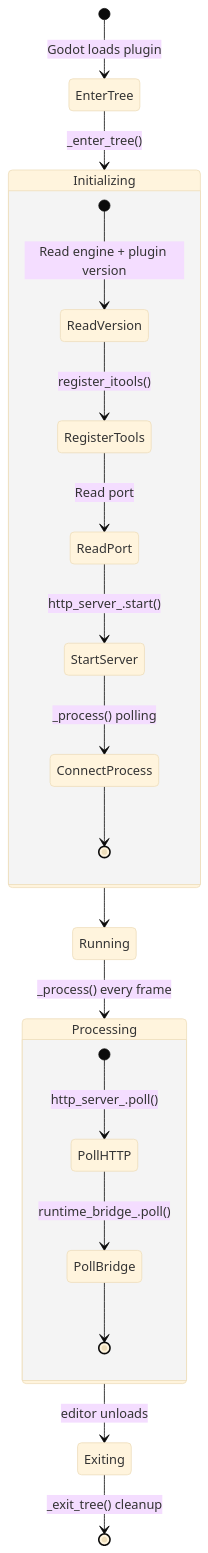
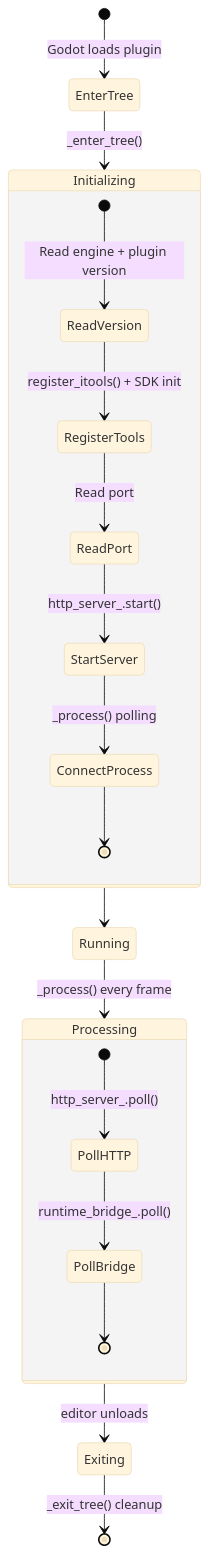
One commit to jesspig/GodotMCP-GDExtension changed the third of 4 diagrams in docs/en/guide/architecture.md. Above: the diagram before and after it, drawn with Mermaid (base theme). The commit also changed other lines of this file and 17 other files, not shown here.

````diff
--- a/docs/en/guide/architecture.md
+++ b/docs/en/guide/architecture.md
@@ -80,26 +88,26 @@
 ```mermaid
 stateDiagram-v2
     [*] --> EnterTree: Godot loads plugin
     EnterTree --> Initializing: _enter_tree()
     
     state Initializing {
         [*] --> ReadVersion: Read engine + plugin version
-        ReadVersion --> RegisterTools: register_itools()
+        ReadVersion --> RegisterTools: register_itools() + SDK init
         RegisterTools --> ReadPort: Read port
         ReadPort --> StartServer: http_server_.start()
         StartServer --> ConnectProcess: _process() polling
         ConnectProcess --> [*]
     }
     
     Initializing --> Running
     Running --> Processing: _process() every frame
     
     state Processing {
         [*] --> PollHTTP: http_server_.poll()
         PollHTTP --> PollBridge: runtime_bridge_.poll()
         PollBridge --> [*]
     }
     
     Processing --> Exiting: editor unloads
     Exiting --> [*]: _exit_tree() cleanup
 ```
````
